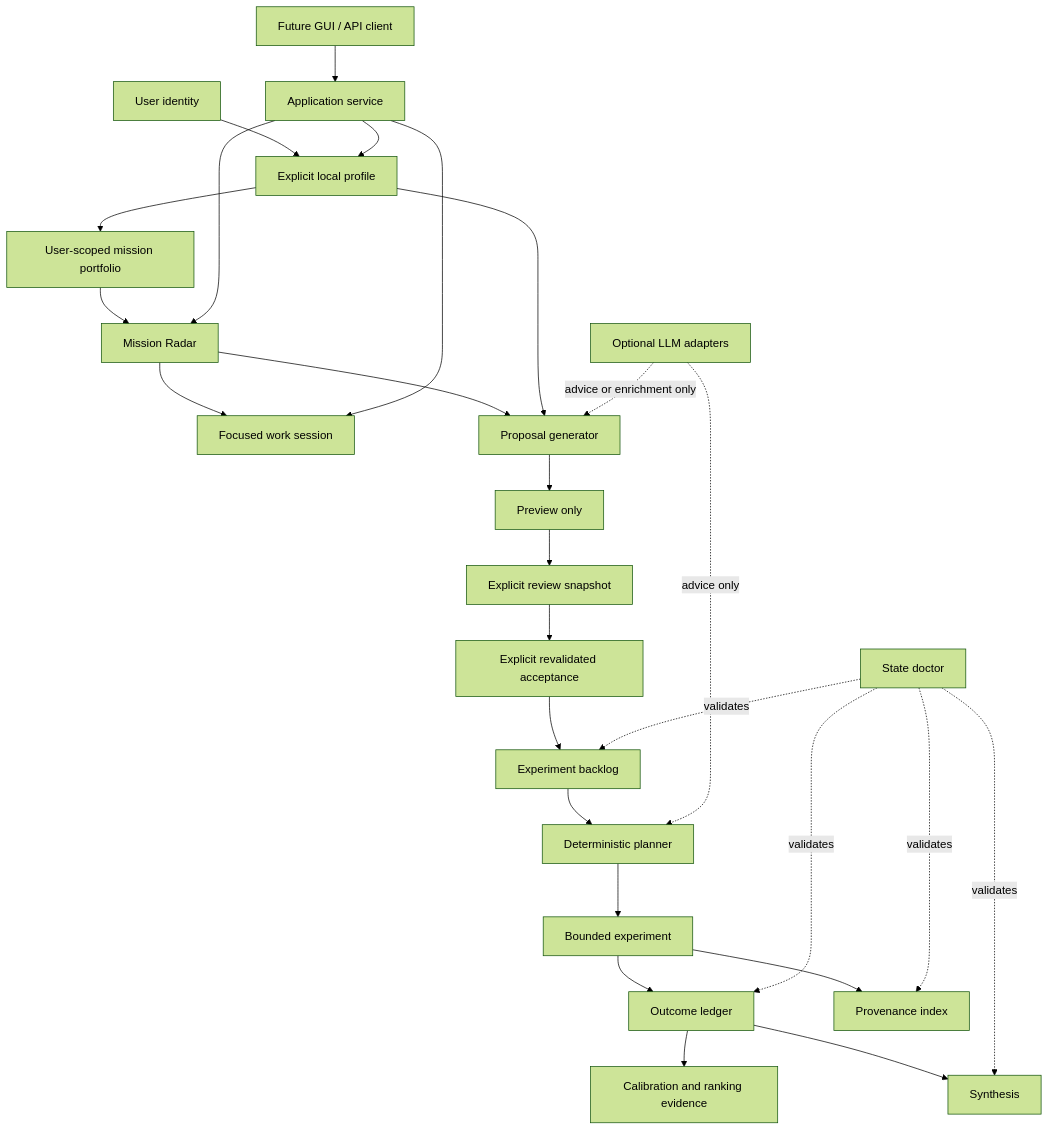
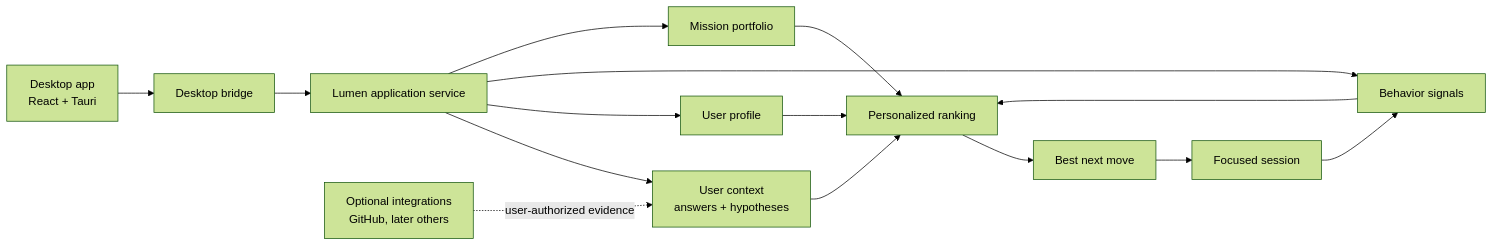
The diagram in README.md (Evolut10n11/lumen-lab), drawn with Mermaid (forest theme) before and after one commit. The commit also changed other lines of this file, not shown here.

Commit message:
docs: rewrite README around the desktop product

````diff
--- a/README.md
+++ b/README.md
@@ -33,34 +163,21 @@
 ```mermaid
-flowchart TD
-    U[User identity] --> P[Explicit local profile]
-    P --> M[User-scoped mission portfolio]
-    M --> R[Mission Radar]
-    R --> W[Focused work session]
-    R --> G[Proposal generator]
-    P --> G
+flowchart LR
+    UI[Desktop app\nReact + Tauri] --> BRIDGE[Desktop bridge]
+    BRIDGE --> APP[Lumen application service]
 
-    G --> PREVIEW[Preview only]
-    PREVIEW --> REVIEW[Explicit review snapshot]
-    REVIEW --> ACCEPT[Explicit revalidated acceptance]
-    ACCEPT --> B[Experiment backlog]
+    APP --> CONTEXT[User context\nanswers + hypotheses]
+    APP --> PROFILE[User profile]
+    APP --> FEEDBACK[Behavior signals]
+    APP --> MISSIONS[Mission portfolio]
 
-    B --> PLAN[Deterministic planner]
-    PLAN --> EXP[Bounded experiment]
-    EXP --> OUT[Outcome ledger]
-    OUT --> CAL[Calibration and ranking evidence]
-    OUT --> SYN[Synthesis]
-    EXP --> PROV[Provenance index]
+    CONTEXT --> RANK[Personalized ranking]
+    PROFILE --> RANK
+    FEEDBACK --> RANK
+    MISSIONS --> RANK
 
-    APP[Application service] --> P
-    APP --> R
-    APP --> W
-    GUI[Future GUI / API client] --> APP
+    RANK --> TODAY[Best next move]
+    TODAY --> WORK[Focused session]
+    WORK --> FEEDBACK
 
-    DOC[State doctor] -. validates .-> B
-    DOC -. validates .-> OUT
-    DOC -. validates .-> SYN
-    DOC -. validates .-> PROV
-
-    LLM[Optional LLM adapters] -. advice or enrichment only .-> G
-    LLM -. advice only .-> PLAN
+    EXT[Optional integrations\nGitHub, later others] -. user-authorized evidence .-> CONTEXT
 ```
````
